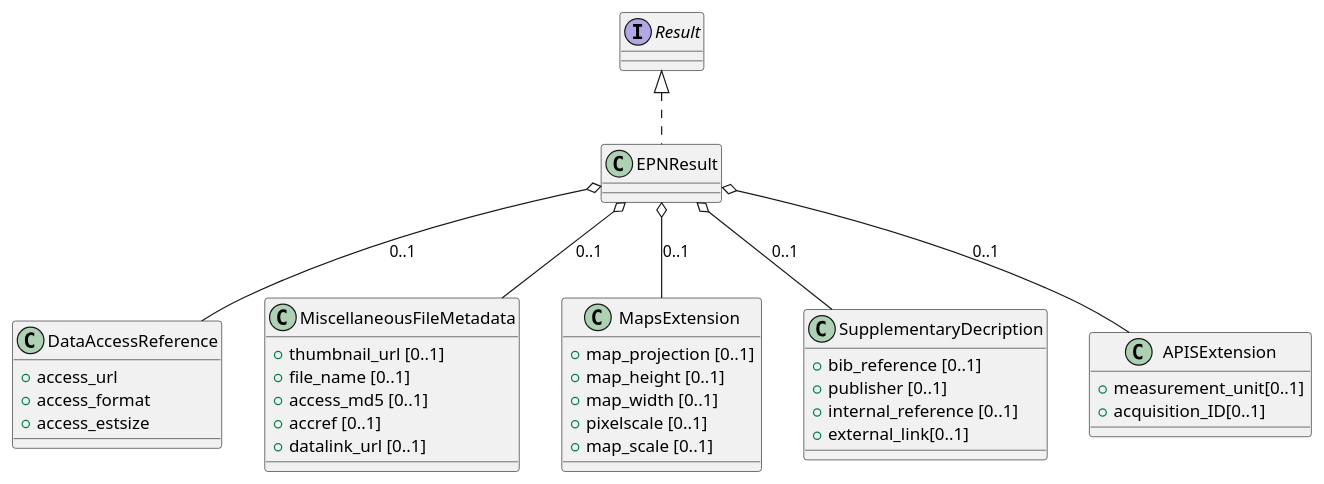
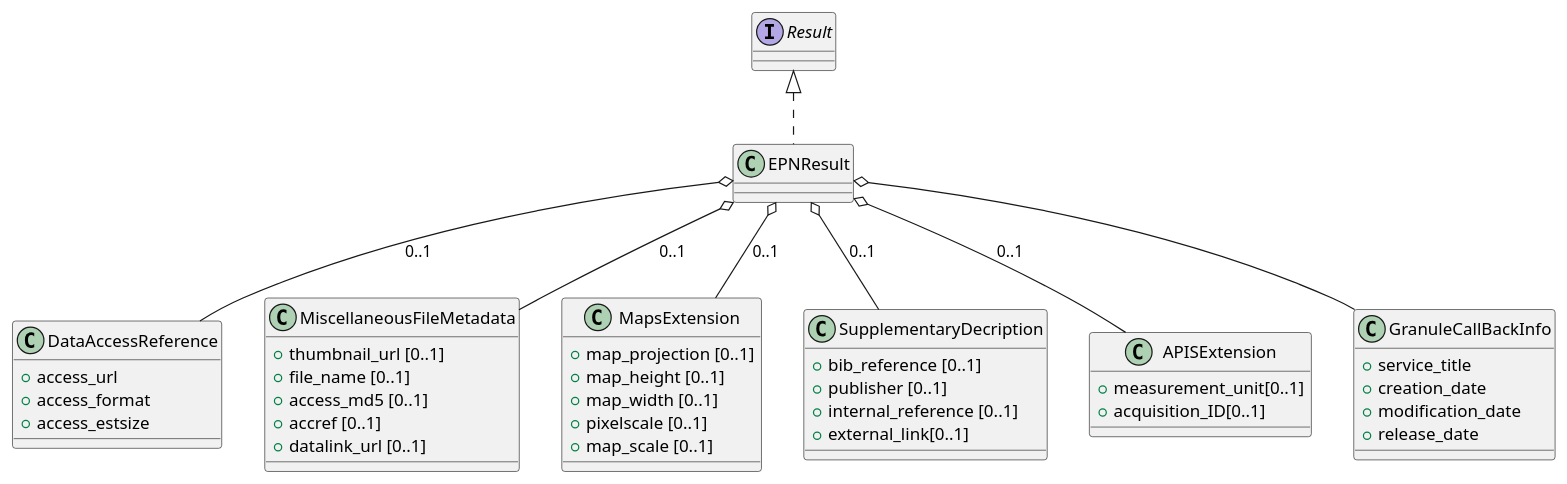
The sixth of 9 diagrams in sections/061-epn-core.adoc (pdssp/pdssp_data_model), drawn with PlantUML before and after one commit. The commit also changed other lines of this file and 19 other files, not shown here.

```diff
--- a/sections/061-epn-core.adoc
+++ b/sections/061-epn-core.adoc
@@ -358,51 +358,59 @@
 [plantuml,epn-result-class-diagram]
 ....
 @startuml
 
 interface Result
 
 class EPNResult
 
 class DataAccessReference {
   + access_url
   + access_format
   + access_estsize
 }
 
 class MiscellaneousFileMetadata {
   + thumbnail_url [0..1]
   + file_name [0..1]
   + access_md5 [0..1]
   + accref [0..1]
   + datalink_url [0..1]
 }
 
 class MapsExtension {
   + map_projection [0..1]
   + map_height [0..1]
   + map_width [0..1]
   + pixelscale [0..1]
   + map_scale [0..1]
 }
 
 class SupplementaryDecription {
   + bib_reference [0..1]
   + publisher [0..1]
   + internal_reference [0..1]
   + external_link[0..1]
 }
 
 class APISExtension {
   + measurement_unit[0..1]
   + acquisition_ID[0..1]
 }
 
+class GranuleCallBackInfo {
+  + service_title
+  + creation_date
+  + modification_date
+  + release_date
+}
+
 Result <|.. EPNResult
 EPNResult o-- DataAccessReference : 0..1
 EPNResult o-- MiscellaneousFileMetadata : 0..1
 EPNResult o-- MapsExtension : 0..1
 EPNResult o-- APISExtension : 0..1
 EPNResult o-- SupplementaryDecription : 0..1
+EPNResult o-- GranuleCallBackInfo
 
 @enduml
 ....
```
